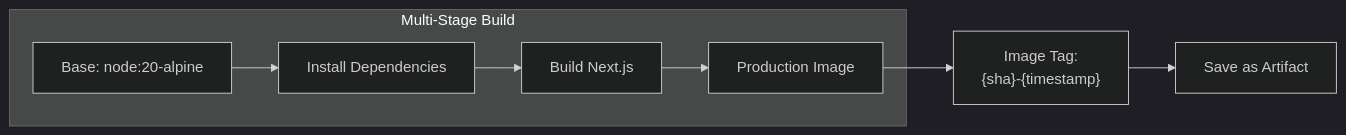
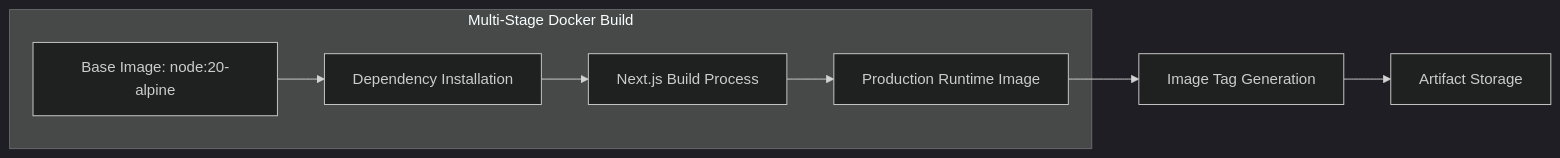
One commit to WSO2-G02/salon-booking-frontend-dev changed the fourth of 8 diagrams in docs/CI_CD_PIPELINE.md. Above: the diagram before and after it, drawn with Mermaid (dark theme). The commit also changed other lines of this file and 2 other files, not shown here.

````diff
--- a/docs/CI_CD_PIPELINE.md
+++ b/docs/CI_CD_PIPELINE.md
@@ -177,14 +165,14 @@
 ```mermaid
 flowchart LR
-    subgraph Build["Multi-Stage Build"]
-        base["Base: node:20-alpine"]
-        deps["Install Dependencies"]
-        builder["Build Next.js"]
-        runner["Production Image"]
+    subgraph MultistageBuild["Multi-Stage Docker Build"]
+        base["Base Image: node:20-alpine"]
+        deps["Dependency Installation"]
+        builder["Next.js Build Process"]
+        runner["Production Runtime Image"]
     end
     
     base --> deps --> builder --> runner
     
-    runner --> tag["Image Tag:\n{sha}-{timestamp}"]
-    tag --> artifact["Save as Artifact"]
+    runner --> tag["Image Tag Generation"]
+    tag --> artifact["Artifact Storage"]
 ```
````
